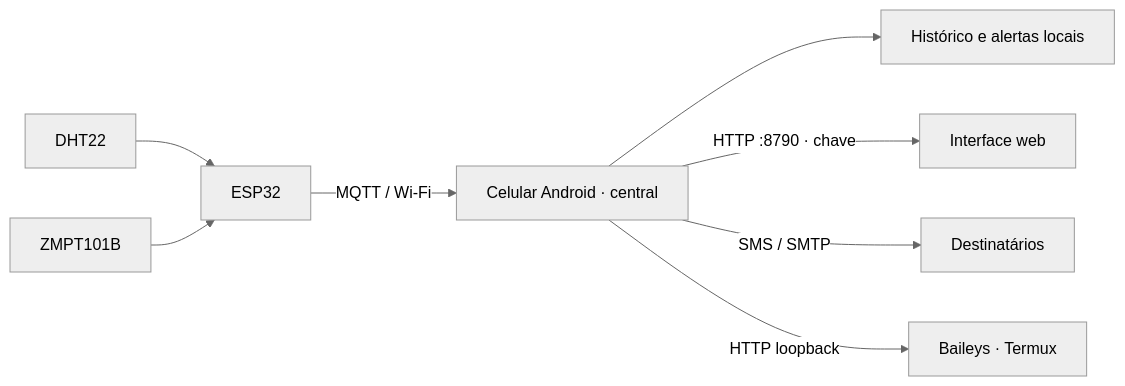
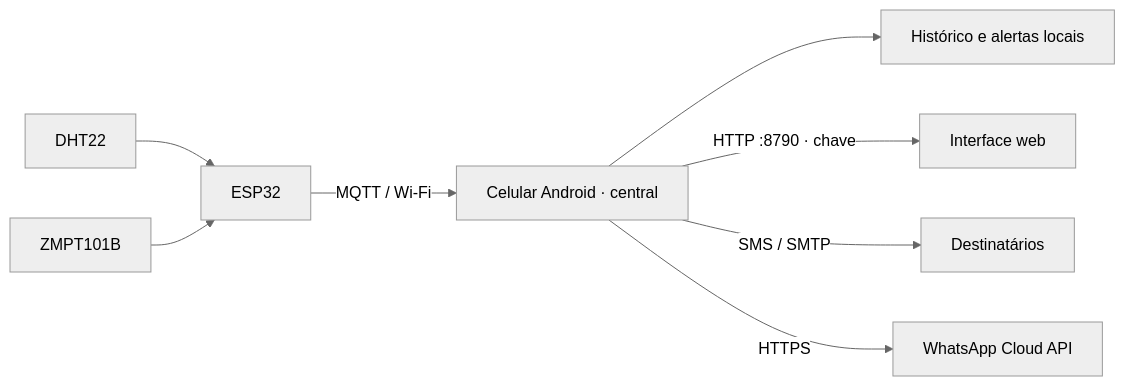
One commit to ThHSzR/winterhold changed the diagram in README.md. Above: the diagram before and after it, drawn with Mermaid (neutral theme). The commit also changed other lines of this file and 9 other files, not shown here.

Commit message:
refactor: send WhatsApp from APK with Meta Cloud API

````diff
--- a/README.md
+++ b/README.md
@@ -9,10 +9,10 @@
 ```mermaid
 flowchart LR
     DHT["DHT22"] --> ESP["ESP32"]
     ZMPT["ZMPT101B"] --> ESP
     ESP -->|"MQTT / Wi-Fi"| APK["Celular Android · central"]
     APK --> DB["Histórico e alertas locais"]
     APK -->|"HTTP :8790 · chave"| WEB["Interface web"]
     APK -->|"SMS / SMTP"| AVISOS["Destinatários"]
-    APK -->|"HTTP loopback"| BRIDGE["Baileys · Termux"]
+    APK -->|"HTTPS"| META["WhatsApp Cloud API"]
 ```
````
